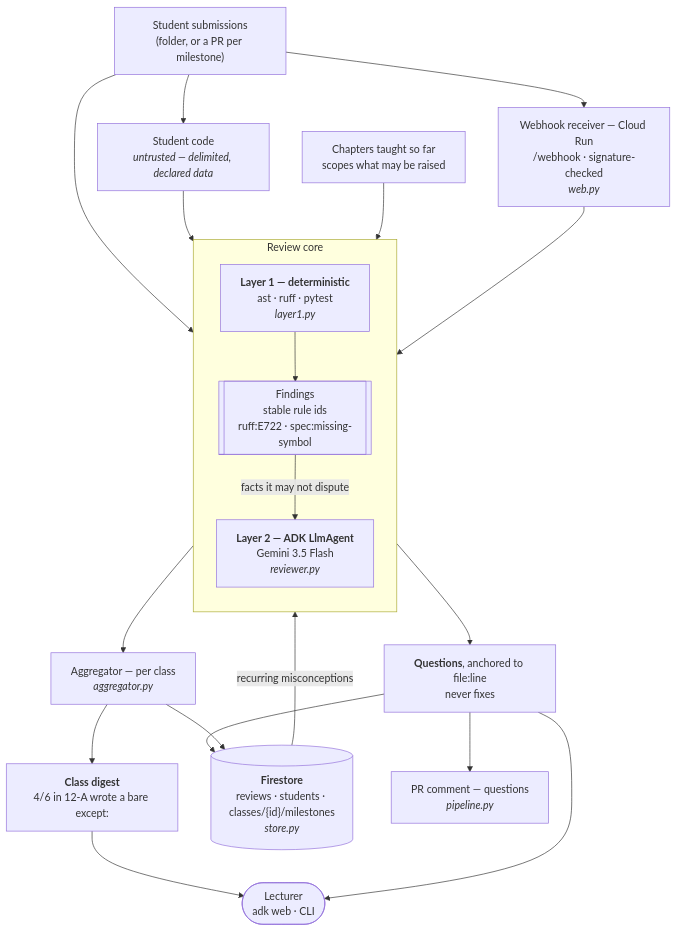
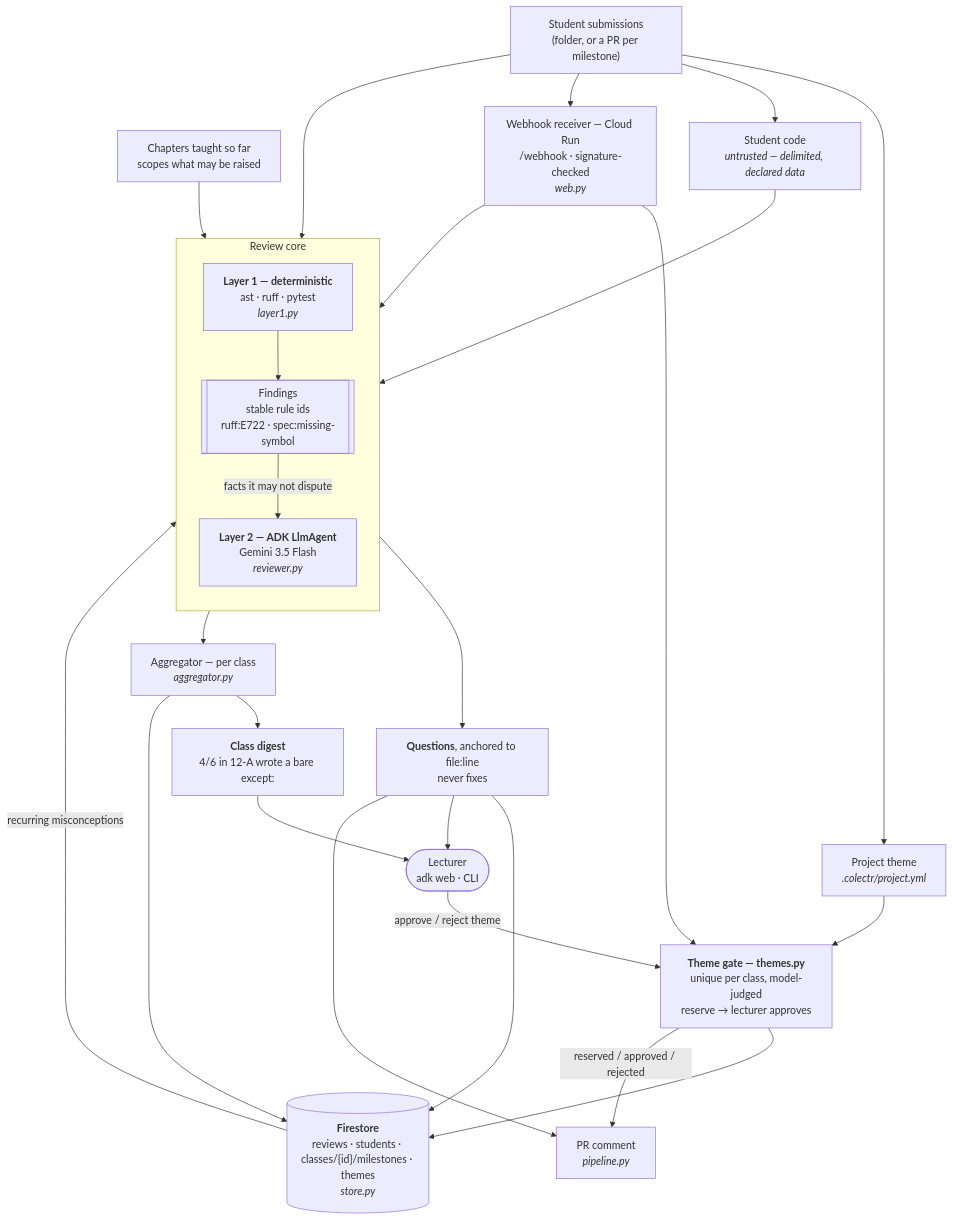
One commit to kbatya/co-lectr changed the diagram in README.md. Above: the diagram before and after it, drawn with Mermaid. The commit also changed other lines of this file and 16 other files, not shown here.

````diff
--- a/README.md
+++ b/README.md
@@ -49,35 +56,44 @@
 ```mermaid
 flowchart TD
     SUB["Student submissions<br/>(folder, or a PR per milestone)"]
 
     subgraph CORE["Review core"]
         direction TB
         L1["<b>Layer 1 — deterministic</b><br/>ast · ruff · pytest<br/><i>layer1.py</i>"]
         FACTS[["Findings<br/>stable rule ids<br/>ruff:E722 · spec:missing-symbol"]]
         L2["<b>Layer 2 — ADK LlmAgent</b><br/>Gemini 3.5 Flash<br/><i>reviewer.py</i>"]
         L1 --> FACTS
         FACTS -- "facts it may not dispute" --> L2
     end
 
     CTX["Chapters taught so far<br/>scopes what may be raised"]
     CODE["Student code<br/><i>untrusted — delimited, declared data</i>"]
 
+    PROJ["Project theme<br/><i>.colectr/project.yml</i>"]
+    THEME["<b>Theme gate — themes.py</b><br/>unique per class, model-judged<br/>reserve → lecturer approves"]
+    PROJ --> THEME
+
+    SUB --> PROJ
     SUB --> L1
     SUB --> CODE
     CODE --> L2
     CTX --> L2
 
     L2 --> Q["<b>Questions</b>, anchored to file:line<br/>never fixes"]
     FACTS --> AGG["Aggregator — per class<br/><i>aggregator.py</i>"]
     AGG --> DIG["<b>Class digest</b><br/>4/6 in 12-A wrote a bare except:"]
 
-    Q --> FS[("<b>Firestore</b><br/>reviews · students · classes/{id}/milestones<br/><i>store.py</i>")]
+    Q --> FS[("<b>Firestore</b><br/>reviews · students · classes/{id}/milestones · themes<br/><i>store.py</i>")]
     AGG --> FS
+    THEME --> FS
     FS -- "recurring misconceptions" --> L2
 
     DIG --> LEC(["Lecturer<br/>adk web · CLI"])
     Q --> LEC
-    Q --> PRC["PR comment — questions<br/><i>pipeline.py</i>"]
+    THEME -- "reserved / approved / rejected" --> PRC
+    LEC -- "approve / reject theme" --> THEME
+    Q --> PRC["PR comment<br/><i>pipeline.py</i>"]
     SUB --> WH["Webhook receiver — Cloud Run<br/>/webhook · signature-checked<br/><i>web.py</i>"]
     WH --> L1
+    WH --> THEME
 ```
````
